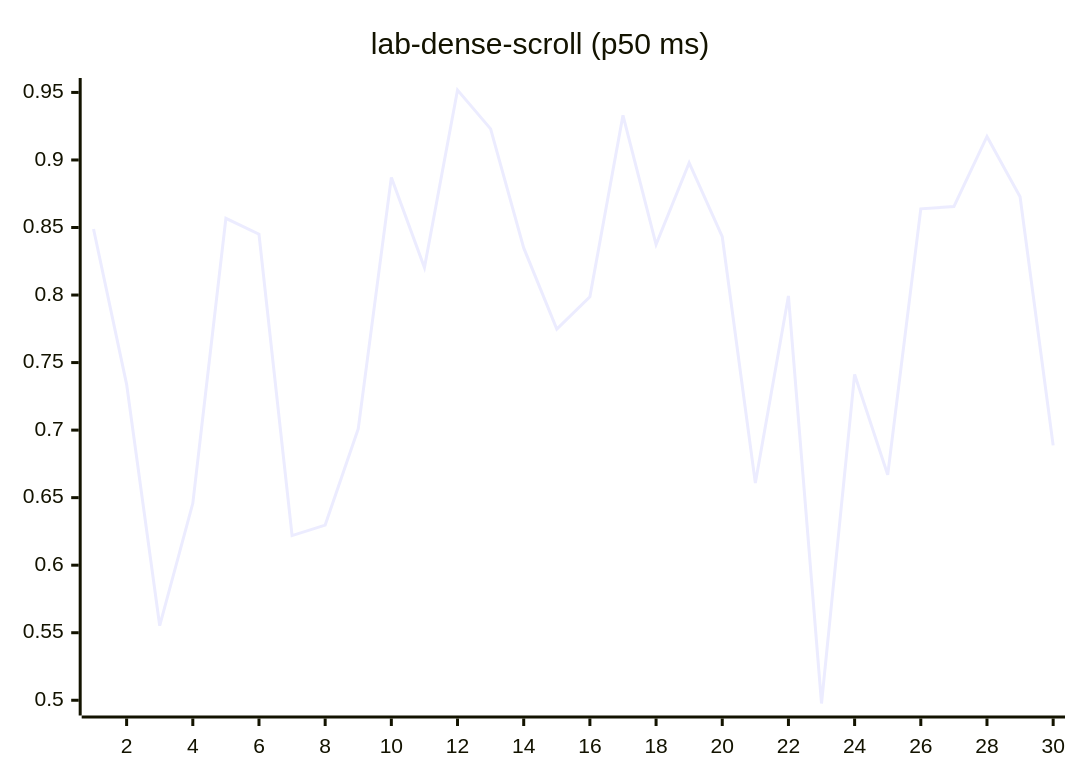
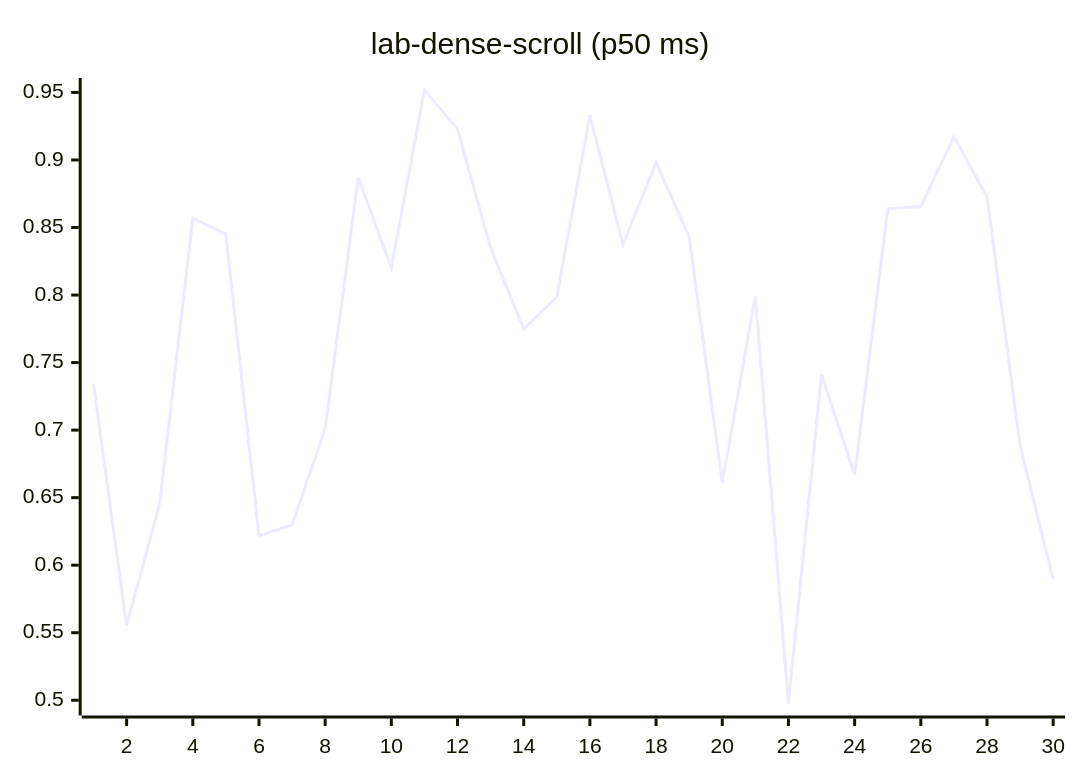
One commit to josha/Facet changed diagram 12 of 27 in README.md. Above: the diagram before and after it, drawn with Mermaid. The commit also changed other lines of this file and 2 other files, not shown here.

````diff
--- a/README.md
+++ b/README.md
@@ -140,6 +140,6 @@
 ```mermaid
 xychart-beta
     title "lab-dense-scroll (p50 ms)"
     x-axis 1 --> 30
-    line [0.8489, 0.7339, 0.5552, 0.6458, 0.8568, 0.8450, 0.6219, 0.6297, 0.7010, 0.8871, 0.8203, 0.9518, 0.9230, 0.8349, 0.7748, 0.7987, 0.9331, 0.8374, 0.8979, 0.8432, 0.6608, 0.7993, 0.4976, 0.7412, 0.6669, 0.8638, 0.8655, 0.9174, 0.8727, 0.6887]
+    line [0.7339, 0.5552, 0.6458, 0.8568, 0.8450, 0.6219, 0.6297, 0.7010, 0.8871, 0.8203, 0.9518, 0.9230, 0.8349, 0.7748, 0.7987, 0.9331, 0.8374, 0.8979, 0.8432, 0.6608, 0.7993, 0.4976, 0.7412, 0.6669, 0.8638, 0.8655, 0.9174, 0.8727, 0.6887, 0.5895]
 ```
````
